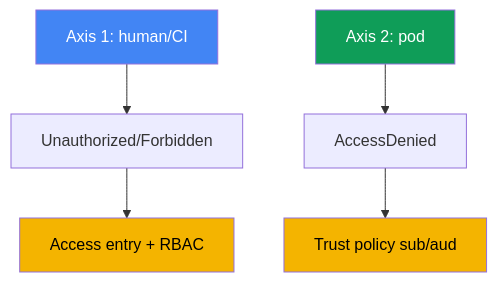
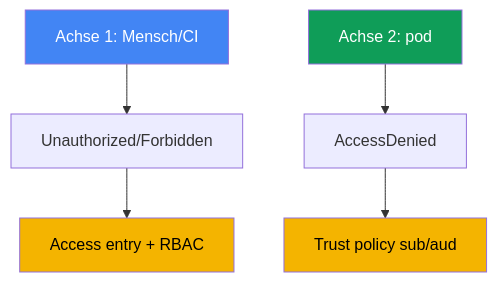
The first of 2 diagrams in tasks/eks/labs/121/README_DE.MD (ViktorUJ/cks), drawn with Mermaid before and after one commit. The commit also changed other lines of this file and 221 other files, not shown here.

````diff
--- a/tasks/eks/labs/121/README_DE.MD
+++ b/tasks/eks/labs/121/README_DE.MD
@@ -42,15 +42,15 @@
 ```mermaid
 flowchart TB
-    axis1["Axis 1: human/CI"]
-    axis2["Axis 2: pod"]
+    axis1["Achse 1: Mensch/CI"]
+    axis2["Achse 2: pod"]
     u["Unauthorized/Forbidden"]
     a["AccessDenied"]
     fix1["Access entry + RBAC"]
     fix2["Trust policy sub/aud"]
     axis1 --> u --> fix1
     axis2 --> a --> fix2
     style axis1 fill:#4285f4,color:#fff
     style axis2 fill:#0f9d58,color:#fff
     style fix1 fill:#f4b400,color:#000
     style fix2 fill:#f4b400,color:#000
 ```
````
